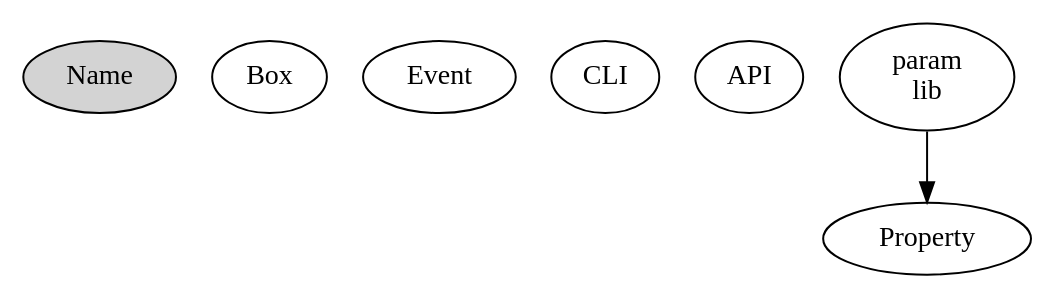
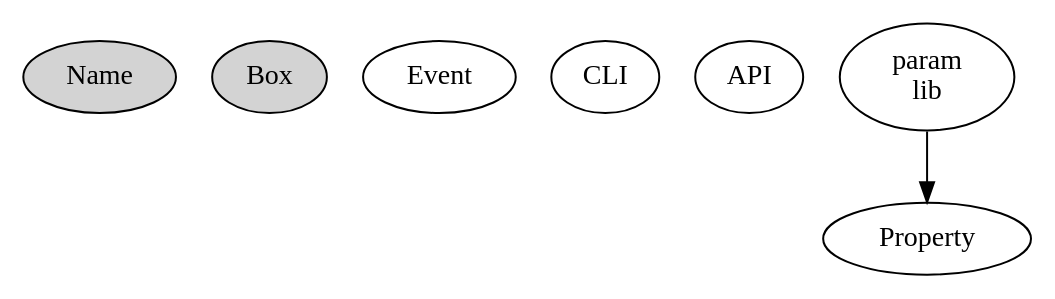
One commit to hipe/tmx changed the diagram in lib/skylab/cull/doc/issues/003-list-of-things-we-want-to-cull.dot. Above: the diagram before and after it, drawn with Graphviz. The commit also changed 27 other files, not shown here.

```diff
--- a/lib/skylab/cull/doc/issues/003-list-of-things-we-want-to-cull.dot
+++ b/lib/skylab/cull/doc/issues/003-list-of-things-we-want-to-cull.dot
@@ -1,28 +1,28 @@
 digraph g {
 
 /*
 
 list of things we want to cull :[#003]
 
   + there are at leaast 3 ways to do API
   + there are at least 3 box libs
   + there are numerous CLI libs
   + there are numerous event base classes
   + there are two name libs
   + there are numerous param base classes
   + there are quite numerous param libs
 
 */
 
   Name [style=filled]
-  Box
+  Box [style=filled]
   Event
   CLI
   API
   Property
   Param [ label="param\nlib" ]
   Param -> Property
 
   /* that one color of blue: fillcolor="#b5d5fb" */
 
 }
```
